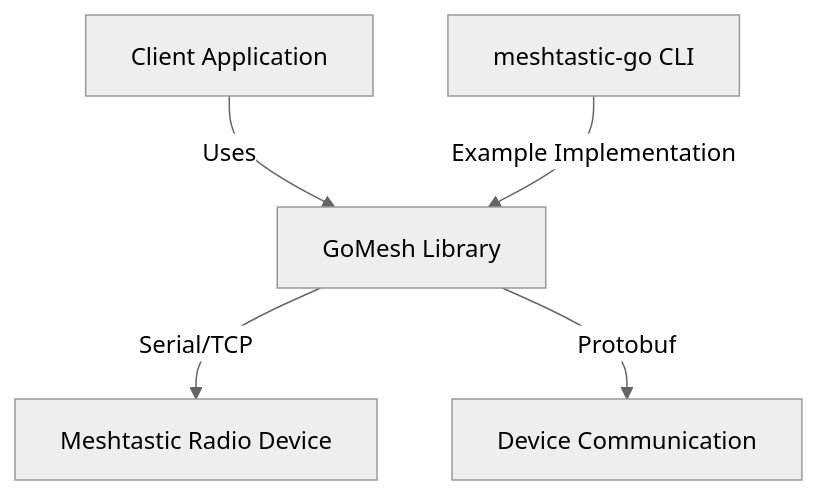
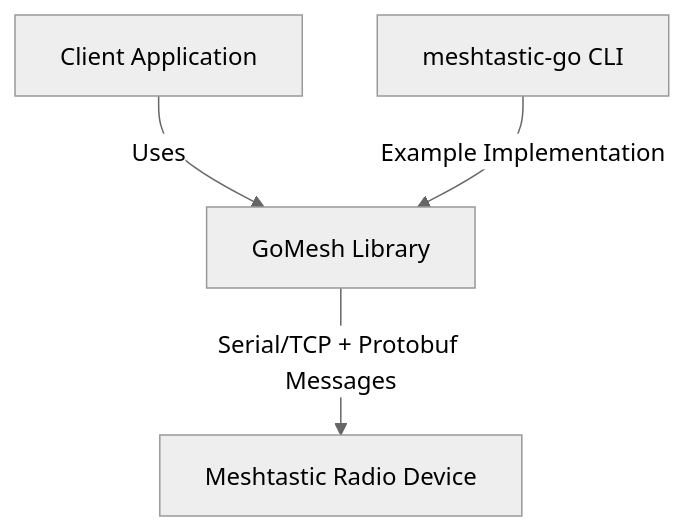
Before and after one commit to gherlein/goMesh: the first of 5 diagrams in DESIGN.md, drawn with Mermaid (neutral theme).

````diff
--- a/DESIGN.md
+++ b/DESIGN.md
@@ -7,7 +7,6 @@
 ```mermaid
 graph TD
     A[Client Application] -->|Uses| B[GoMesh Library]
-    B -->|Serial/TCP| C[Meshtastic Radio Device]
-    B -->|Protobuf| D[Device Communication]
+    B -->|Serial/TCP + Protobuf Messages| C[Meshtastic Radio Device]
     E[meshtastic-go CLI] -->|Example Implementation| B
 ```
````
